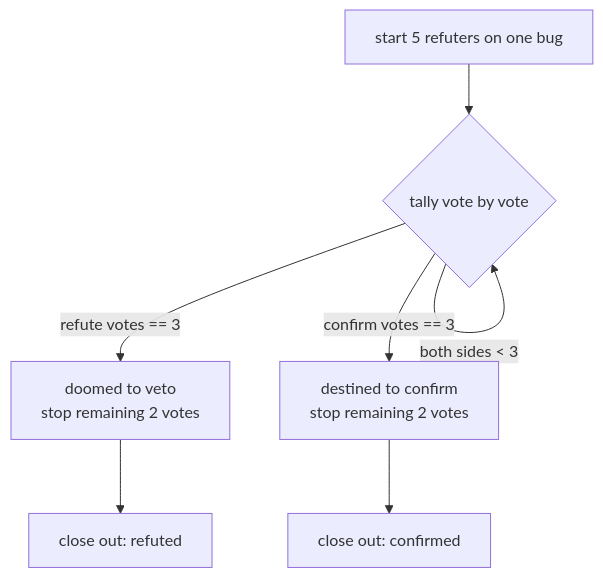
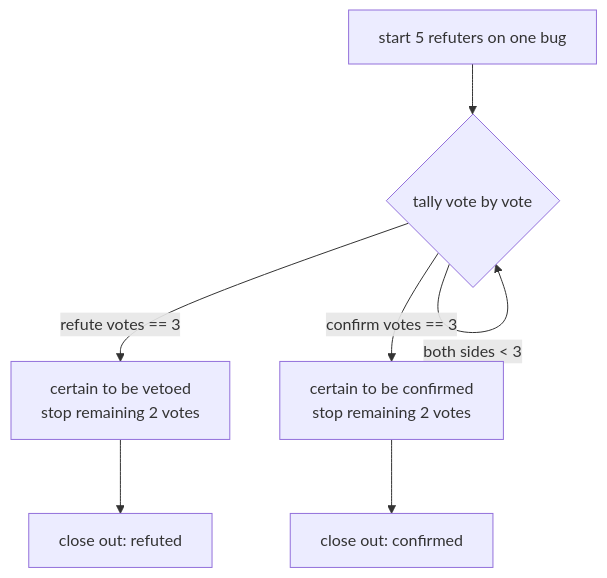
Before and after one commit to AGI-is-going-to-arrive/workflow-cookbook: the second of 3 diagrams in docs/en/p3-15-bug-hunter.md, drawn with Mermaid. The commit also changed other lines of this file and 78 other files, not shown here.

````diff
--- a/docs/en/p3-15-bug-hunter.md
+++ b/docs/en/p3-15-bug-hunter.md
@@ -213,9 +213,9 @@
 ```mermaid
 flowchart TB
   A["start 5 refuters on one bug"] --> B{"tally vote by vote"}
-  B -->|"refute votes == 3"| R["doomed to veto<br/>stop remaining 2 votes"]
-  B -->|"confirm votes == 3"| C["destined to confirm<br/>stop remaining 2 votes"]
+  B -->|"refute votes == 3"| R["certain to be vetoed<br/>stop remaining 2 votes"]
+  B -->|"confirm votes == 3"| C["certain to be confirmed<br/>stop remaining 2 votes"]
   B -->|"both sides < 3"| B
   R --> D["close out: refuted"]
   C --> E["close out: confirmed"]
 ```
````
